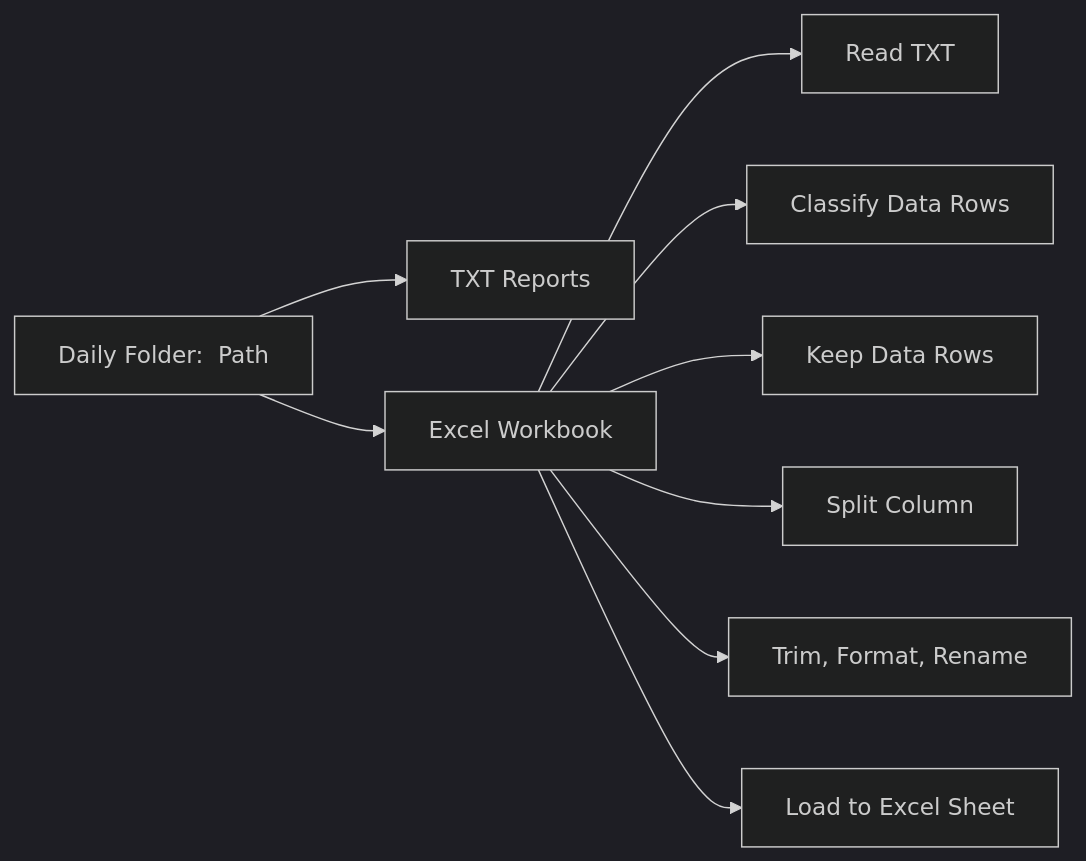
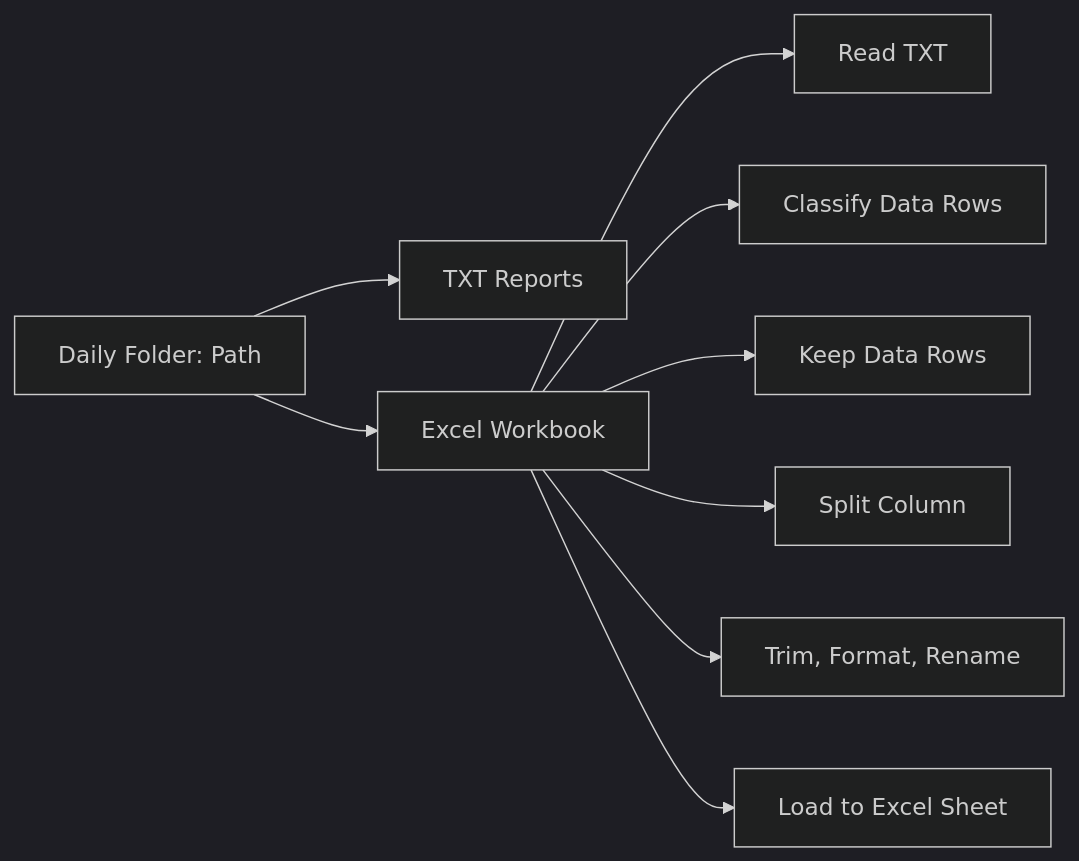
The diagram in README.md (Eddie-Zhu-IRL/banking-report-etl-powerquery), drawn with Mermaid (dark theme) before and after one commit.

````diff
--- a/README.md
+++ b/README.md
@@ -60,11 +60,11 @@
 ```mermaid
 graph LR;
-A[Daily Folder:&nbsp; Path] --> B[TXT Reports];
-A[Daily Folder:&nbsp; Path] --> C[Excel Workbook];
+A[Daily Folder:&nbsp;Path] --> B[TXT Reports];
+A[Daily Folder:&nbsp;Path] --> C[Excel Workbook];
 C[Excel Workbook] --> D[Read TXT];
 C[Excel Workbook] --> E[Classify Data Rows];
 C[Excel Workbook] --> F[Keep Data Rows];
 C[Excel Workbook] --> G[Split Column];
 C[Excel Workbook] --> H[Trim, Format, Rename];
 C[Excel Workbook] --> I[Load to Excel Sheet]
 ```
````
